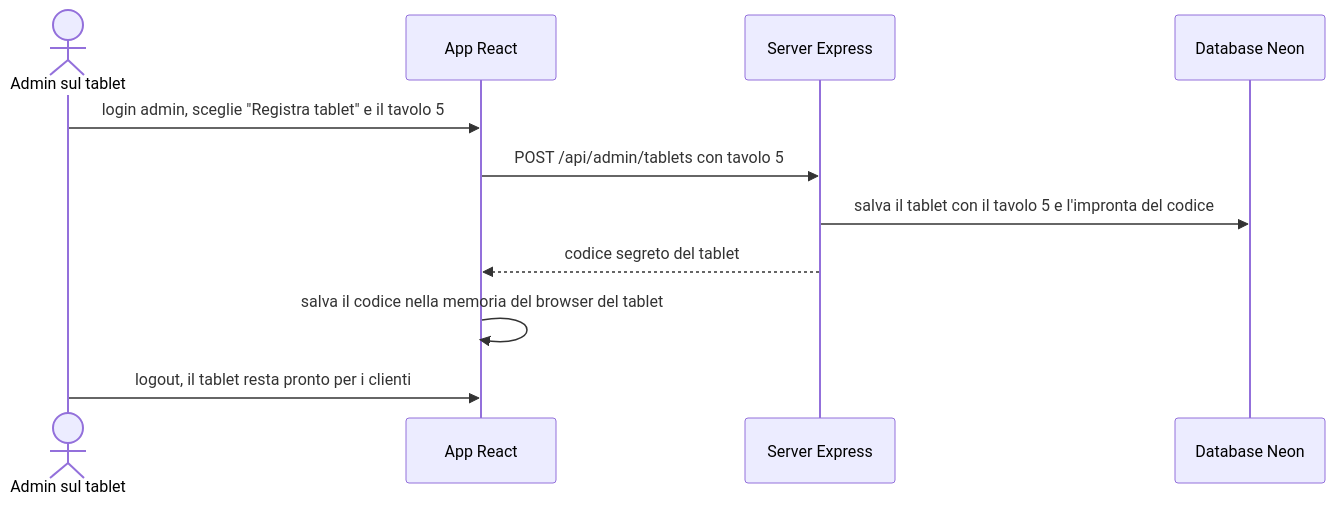
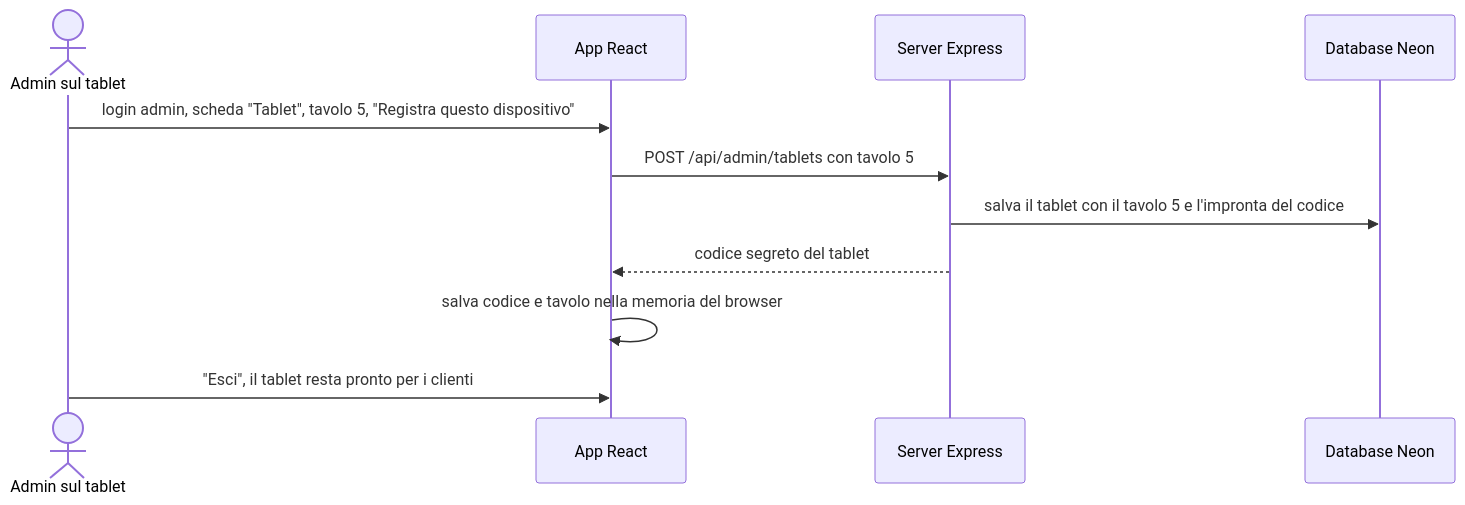
The second of 4 diagrams in doc/piano-server-database.md (Josecontis/RestaurantManager), drawn with Mermaid before and after one commit. The commit also changed other lines of this file and 1 other file, not shown here.

````diff
--- a/doc/piano-server-database.md
+++ b/doc/piano-server-database.md
@@ -33,13 +33,13 @@
 ```mermaid
 sequenceDiagram
   actor A as Admin sul tablet
   participant P as App React
   participant S as Server Express
   participant D as Database Neon
-  A->>P: login admin, sceglie "Registra tablet" e il tavolo 5
+  A->>P: login admin, scheda "Tablet", tavolo 5, "Registra questo dispositivo"
   P->>S: POST /api/admin/tablets con tavolo 5
   S->>D: salva il tablet con il tavolo 5 e l'impronta del codice
   S-->>P: codice segreto del tablet
-  P->>P: salva il codice nella memoria del browser del tablet
-  A->>P: logout, il tablet resta pronto per i clienti
+  P->>P: salva codice e tavolo nella memoria del browser
+  A->>P: "Esci", il tablet resta pronto per i clienti
 ```
````
